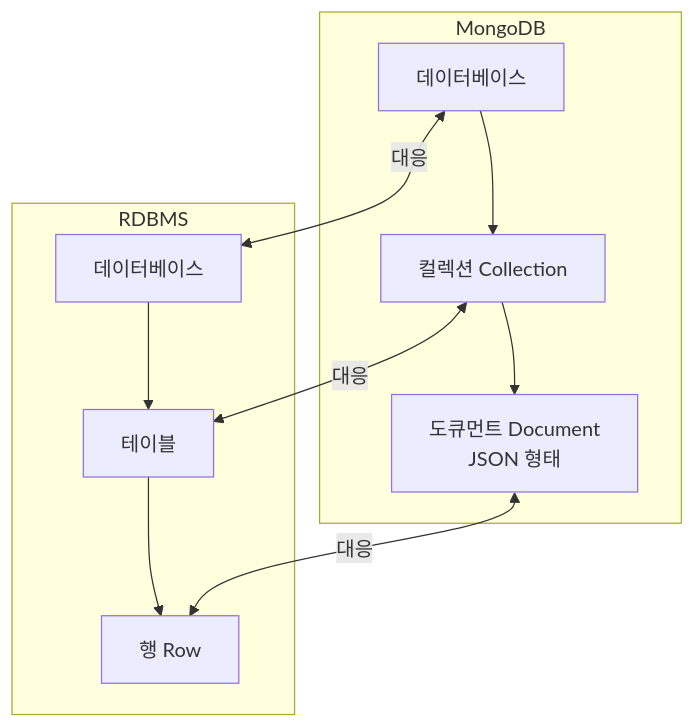
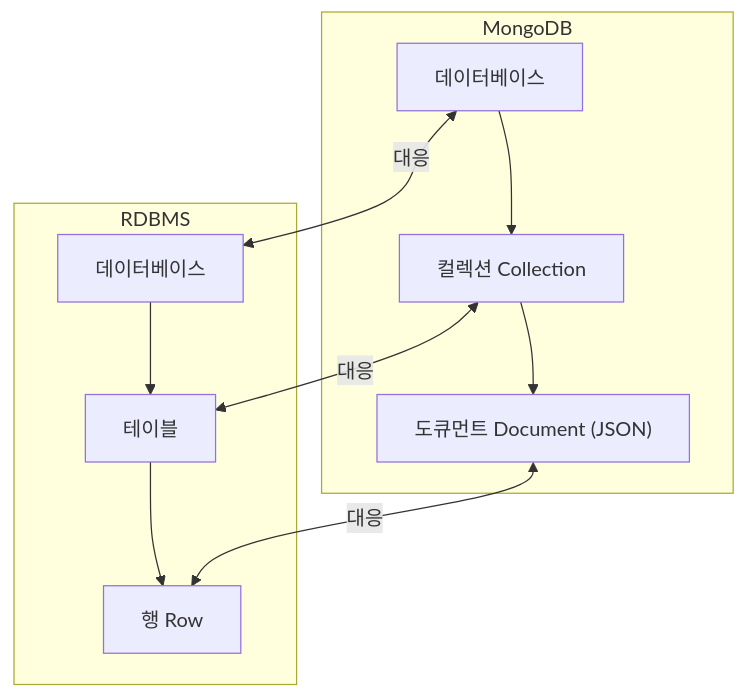
One commit to yjkim2015/yjkim2015.github.io changed the first of 7 diagrams in _posts/nosql/2026-05-02-mongodb-deep.md. Above: the diagram before and after it, drawn with Mermaid. The commit also changed other lines of this file and 122 other files, not shown here.

````diff
--- a/_posts/nosql/2026-05-02-mongodb-deep.md
+++ b/_posts/nosql/2026-05-02-mongodb-deep.md
@@ -20,18 +16,14 @@
 ```mermaid
 graph TD
-    subgraph MongoDB
-        DB["데이터베이스"]
-        DB --> Col["컬렉션 Collection"]
-        Col --> Doc["도큐먼트 Document<br>JSON 형태"]
+    subgraph "MongoDB"
+        DB1["데이터베이스"] --> Col["컬렉션 Collection"]
+        Col --> Doc["도큐먼트 Document (JSON)"]
     end
-
-    subgraph RDBMS
-        RDB["데이터베이스"]
-        RDB --> Table["테이블"]
+    subgraph "RDBMS"
+        DB2["데이터베이스"] --> Table["테이블"]
         Table --> Row["행 Row"]
     end
-
-    DB <-->|"대응"| RDB
+    DB1 <-->|"대응"| DB2
     Col <-->|"대응"| Table
     Doc <-->|"대응"| Row
 ```
````
